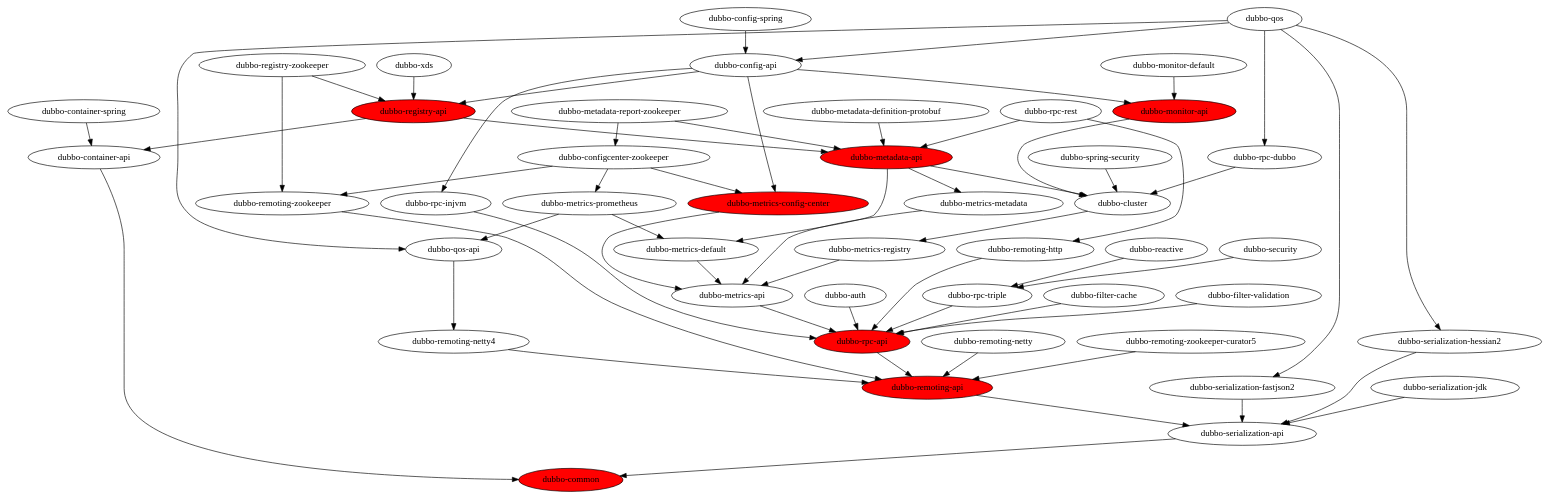
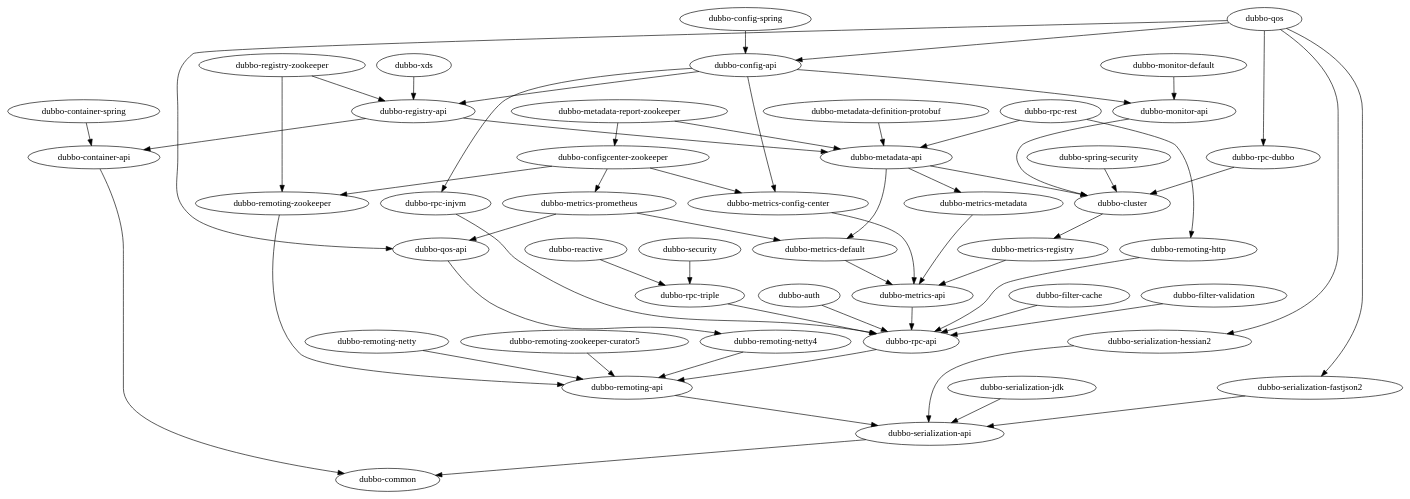
Before and after one commit to MoonChaserChen/Re0-Dubbo: the diagram in docs/1、架构/3. Dubbo模块.md, drawn with PlantUML.

Commit message:
no commit message

````diff
--- a/docs/1、架构/3. Dubbo模块.md
+++ b/docs/1、架构/3. Dubbo模块.md
@@ -13,72 +13,64 @@
 ```plantuml
 digraph G {
-    "dubbo-common" [fillcolor=red style=filled]
-    "dubbo-remoting-api" [fillcolor=red style=filled]
-    "dubbo-rpc-api" [fillcolor=red style=filled]
-    "dubbo-metadata-api" [fillcolor=red style=filled]
-    "dubbo-registry-api" [fillcolor=red style=filled]
-    "dubbo-monitor-api" [fillcolor=red style=filled]
-    "dubbo-metrics-config-center" [fillcolor=red style=filled]
-    
     "dubbo-cluster" -> "dubbo-metrics-registry"
     "dubbo-config-api" -> "dubbo-rpc-injvm"
     "dubbo-config-api" -> "dubbo-monitor-api"
     "dubbo-config-api" -> "dubbo-metrics-config-center"
     "dubbo-config-api" -> "dubbo-registry-api"
     "dubbo-config-spring" -> "dubbo-config-api"
     "dubbo-configcenter-zookeeper" -> "dubbo-metrics-prometheus"
     "dubbo-configcenter-zookeeper" -> "dubbo-remoting-zookeeper"
     "dubbo-configcenter-zookeeper" -> "dubbo-metrics-config-center"
     "dubbo-container-api" -> "dubbo-common"
     "dubbo-container-spring" -> "dubbo-container-api"
     "dubbo-filter-cache" -> "dubbo-rpc-api"
     "dubbo-filter-validation" -> "dubbo-rpc-api"
     "dubbo-metadata-api" -> "dubbo-metrics-default"
     "dubbo-metadata-api" -> "dubbo-cluster"
     "dubbo-metadata-api" -> "dubbo-metrics-metadata"
     "dubbo-metadata-report-zookeeper" -> "dubbo-metadata-api"
     "dubbo-metadata-report-zookeeper" -> "dubbo-configcenter-zookeeper"
     "dubbo-metadata-definition-protobuf" -> "dubbo-metadata-api"
     "dubbo-metrics-api" -> "dubbo-rpc-api"
     "dubbo-metrics-default" -> "dubbo-metrics-api"
     "dubbo-metrics-registry" -> "dubbo-metrics-api"
     "dubbo-metrics-prometheus" -> "dubbo-metrics-default"
     "dubbo-metrics-prometheus" -> "dubbo-qos-api"
     "dubbo-metrics-metadata" -> "dubbo-metrics-api"
     "dubbo-metrics-config-center" -> "dubbo-metrics-api"
     "dubbo-monitor-api" -> "dubbo-cluster"
     "dubbo-monitor-default" -> "dubbo-monitor-api"
     "dubbo-auth" -> "dubbo-rpc-api"
     "dubbo-qos-api" -> "dubbo-remoting-netty4"
     "dubbo-qos" -> "dubbo-config-api"
     "dubbo-qos" -> "dubbo-serialization-fastjson2"
     "dubbo-qos" -> "dubbo-qos-api"
     "dubbo-qos" -> "dubbo-rpc-dubbo"
     "dubbo-qos" -> "dubbo-serialization-hessian2"
     "dubbo-security" -> "dubbo-rpc-triple"
     "dubbo-reactive" -> "dubbo-rpc-triple"
     "dubbo-spring-security" -> "dubbo-cluster"
     "dubbo-registry-api" -> "dubbo-metadata-api"
     "dubbo-registry-api" -> "dubbo-container-api"
     "dubbo-registry-zookeeper" -> "dubbo-remoting-zookeeper"
     "dubbo-registry-zookeeper" -> "dubbo-registry-api"
     "dubbo-remoting-api" -> "dubbo-serialization-api"
     "dubbo-remoting-http" -> "dubbo-rpc-api"
     "dubbo-remoting-netty" -> "dubbo-remoting-api"
     "dubbo-remoting-netty4" -> "dubbo-remoting-api"
     "dubbo-remoting-zookeeper" -> "dubbo-remoting-api"
     "dubbo-remoting-zookeeper-curator5" -> "dubbo-remoting-api"
     "dubbo-rpc-api" -> "dubbo-remoting-api"
     "dubbo-rpc-dubbo" -> "dubbo-cluster"
     "dubbo-rpc-injvm" -> "dubbo-rpc-api"
     "dubbo-rpc-rest" -> "dubbo-remoting-http"
     "dubbo-rpc-rest" -> "dubbo-metadata-api"
     "dubbo-rpc-triple" -> "dubbo-rpc-api"
     "dubbo-serialization-api" -> "dubbo-common"
     "dubbo-serialization-hessian2" -> "dubbo-serialization-api"
     "dubbo-serialization-fastjson2" -> "dubbo-serialization-api"
     "dubbo-serialization-jdk" -> "dubbo-serialization-api"
     "dubbo-xds" -> "dubbo-registry-api"
 }
 
 ```
````
